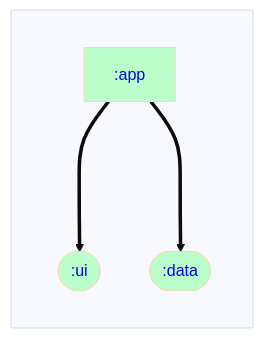
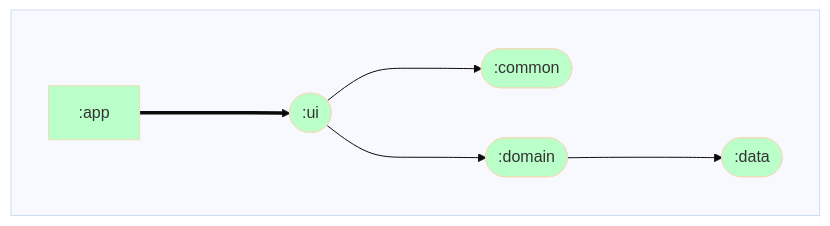
The diagram in app/dependencyGraph.md (ARES-ID/Daedalus), drawn with Mermaid before and after one commit. The commit also changed 108 other files, not shown here.

````diff
--- a/app/dependencyGraph.md
+++ b/app/dependencyGraph.md
@@ -1,24 +1,28 @@
 ```mermaid
 %%{ init: { 'theme': 'base' } }%%
 graph LR;
 
 %% Styling for module nodes by type
 classDef rootNode stroke-width:4px;
 classDef mppNode fill:#ffd2b3,color:#333333;
 classDef andNode fill:#baffc9,color:#333333;
 classDef javaNode fill:#ffb3ba,color:#333333;
 
 %% Modules
 subgraph  
-  direction TB;
-  :app[<a href='https://github.com/rjspies/Daedalus/blob/main/app/dependencyGraph.md' style='text-decoration:auto'>:app</a>]:::andNode;
-  :data([<a href='https://github.com/rjspies/Daedalus/blob/main/data/dependencyGraph.md' style='text-decoration:auto'>:data</a>]):::andNode;
-  :ui([<a href='https://github.com/rjspies/Daedalus/blob/main/ui/dependencyGraph.md' style='text-decoration:auto'>:ui</a>]):::andNode;
+  direction LR;
+  :app[:app]:::andNode;
+  :common([:common]):::andNode;
+  :data([:data]):::andNode;
+  :domain([:domain]):::andNode;
+  :ui([:ui]):::andNode;
 end
 
 %% Dependencies
 :app===>:ui
-:app===>:data
+:ui--->:common
+:ui--->:domain
+:domain--->:data
 
 %% Dependents
 ```
````
